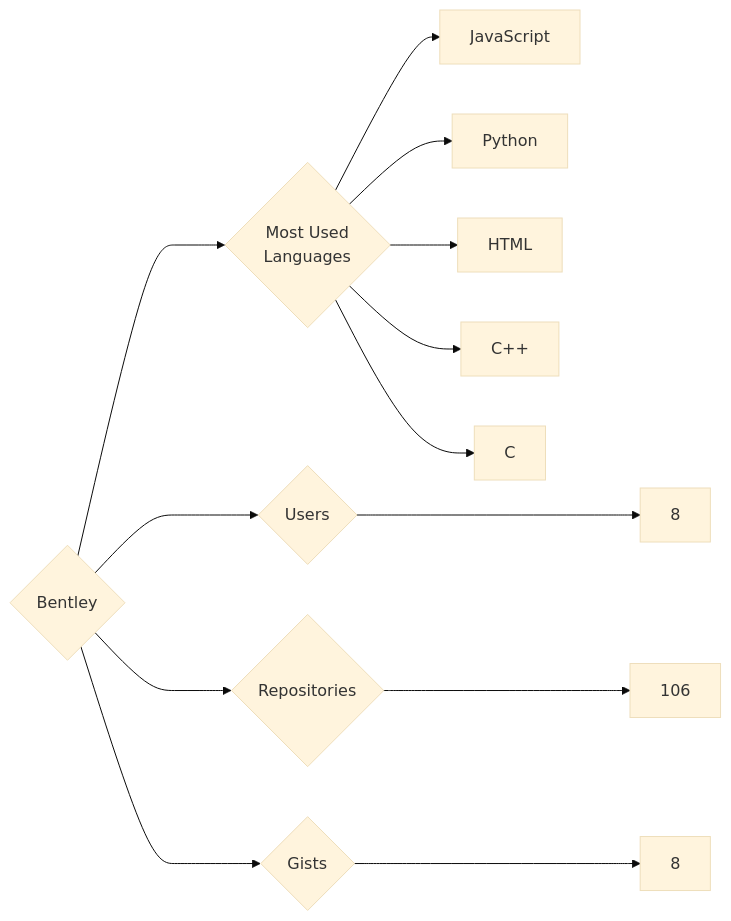
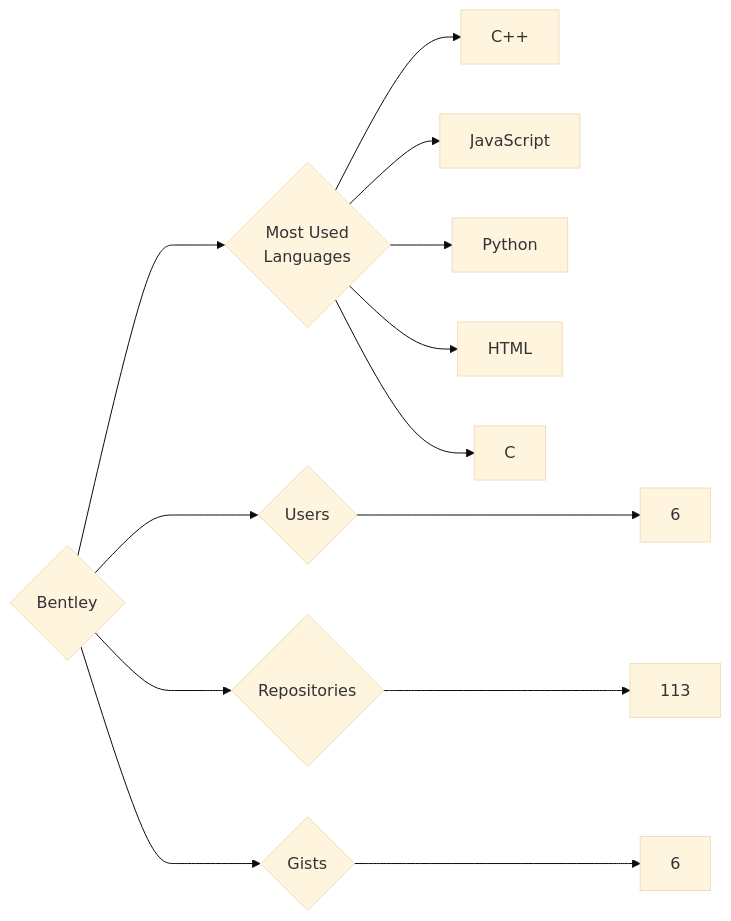
Before and after one commit to trickest/insiders: the diagram in targets/Bentley/README.md, drawn with Mermaid (base theme). The commit also changed 1212 other files, not shown here.

````diff
--- a/targets/Bentley/README.md
+++ b/targets/Bentley/README.md
@@ -3,13 +3,13 @@
 ```mermaid
 graph LR
 COMPANY_NAME{Bentley}
-COMPANY_NAME ---> U{Users} ---> UN[8]
-COMPANY_NAME ---> R{Repositories} ---> RN[106]
-COMPANY_NAME ---> G{Gists} ---> GN[8]
+COMPANY_NAME ---> U{Users} ---> UN[6]
+COMPANY_NAME ---> R{Repositories} ---> RN[113]
+COMPANY_NAME ---> G{Gists} ---> GN[6]
 COMPANY_NAME ---> ML{Most Used<br>Languages}
+ML --> C++[C++]
 ML --> JavaScript[JavaScript]
 ML --> Python[Python]
 ML --> HTML[HTML]
-ML --> C++[C++]
 ML --> C[C]
 ```
````
